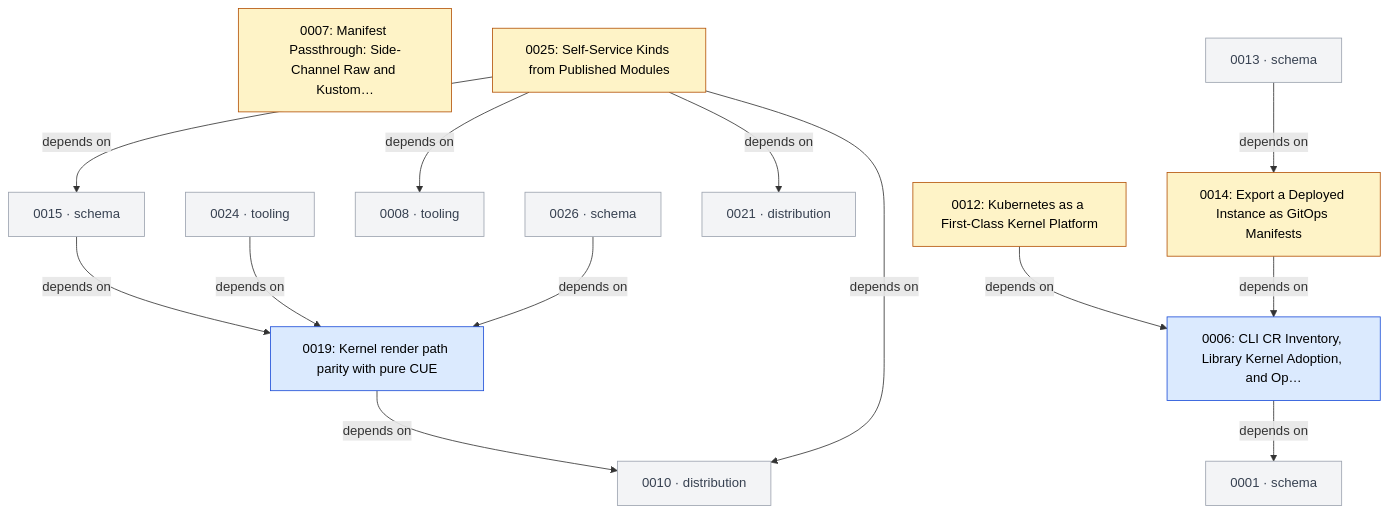
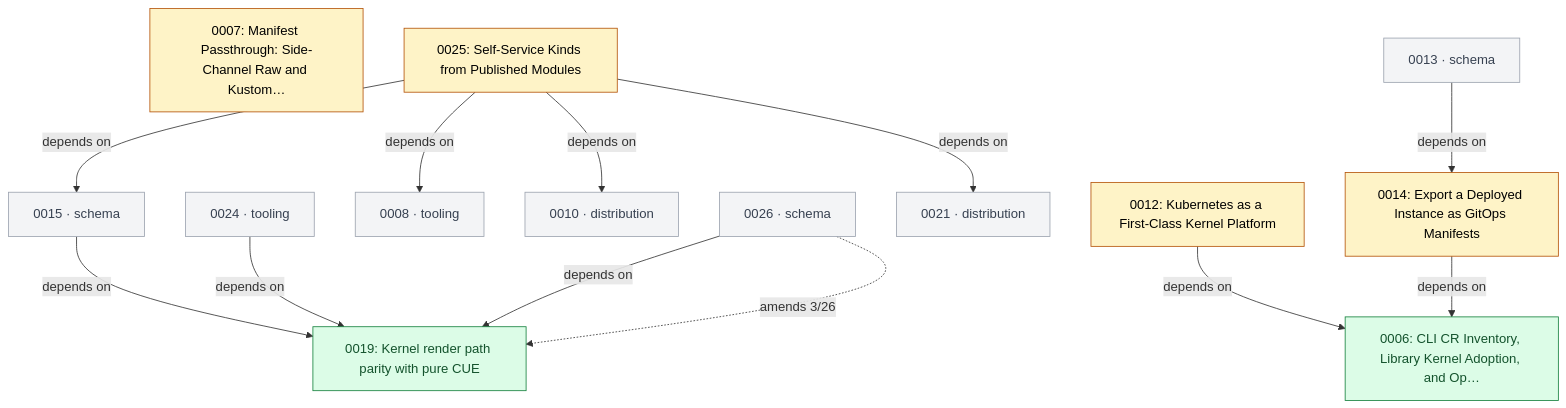
The third of 7 diagrams in GRAPH.md (open-platform-model/enhancements), drawn with Mermaid before and after one commit. The commit also changed other lines of this file and 525 other files, not shown here.

````diff
--- a/GRAPH.md
+++ b/GRAPH.md
@@ -87,38 +88,37 @@
 ```mermaid
 graph TD
   classDef draft       fill:#fef3c7,stroke:#b45309,color:#000
   classDef accepted    fill:#dbeafe,stroke:#1d4ed8,color:#000
   classDef rejected    fill:#fee2e2,stroke:#b91c1c,color:#7f1d1d,stroke-dasharray:4 2
   classDef superseded  fill:#e5e7eb,stroke:#6b7280,color:#6b7280
+  classDef delivered   fill:#dcfce7,stroke:#15803d,color:#14532d
   classDef legacy      fill:#fafafa,stroke:#9ca3af,color:#6b7280,stroke-dasharray:3 3
   classDef stub        fill:#f3f4f6,stroke:#9ca3af,color:#374151
   classDef category    fill:#ede9fe,stroke:#6d28d9,color:#000
 
-  N0006["0006: CLI CR Inventory, Library Kernel Adoption, and Op…"]:::accepted
+  N0006["0006: CLI CR Inventory, Library Kernel Adoption, and Op…"]:::delivered
   N0007["0007: Manifest Passthrough: Side-Channel Raw and Kustom…"]:::draft
   N0012["0012: Kubernetes as a First-Class Kernel Platform"]:::draft
   N0014["0014: Export a Deployed Instance as GitOps Manifests"]:::draft
-  N0019["0019: Kernel render path parity with pure CUE"]:::accepted
+  N0019["0019: Kernel render path parity with pure CUE"]:::delivered
   N0025["0025: Self-Service Kinds from Published Modules"]:::draft
-  N0001["0001 · schema"]:::stub
   N0008["0008 · tooling"]:::stub
   N0010["0010 · distribution"]:::stub
   N0013["0013 · schema"]:::stub
   N0015["0015 · schema"]:::stub
   N0021["0021 · distribution"]:::stub
   N0024["0024 · tooling"]:::stub
   N0026["0026 · schema"]:::stub
 
-  N0006 -->|depends on| N0001
   N0012 -->|depends on| N0006
   N0013 -->|depends on| N0014
   N0014 -->|depends on| N0006
   N0015 -->|depends on| N0019
-  N0019 -->|depends on| N0010
   N0024 -->|depends on| N0019
   N0025 -->|depends on| N0008
   N0025 -->|depends on| N0010
   N0025 -->|depends on| N0015
   N0025 -->|depends on| N0021
   N0026 -->|depends on| N0019
+  N0026 -.->|amends 3/26| N0019
 ```
````
